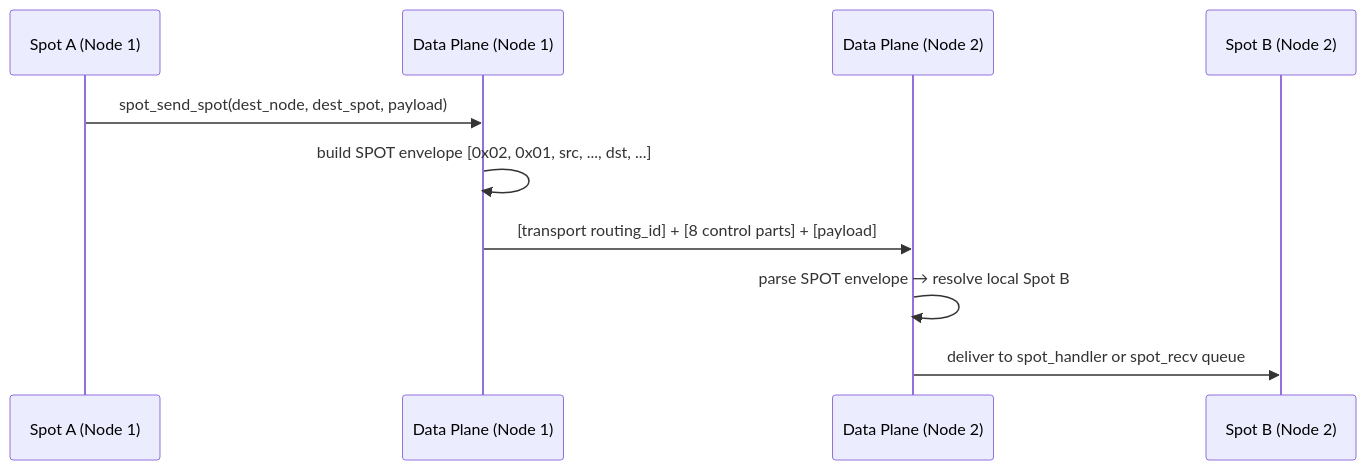
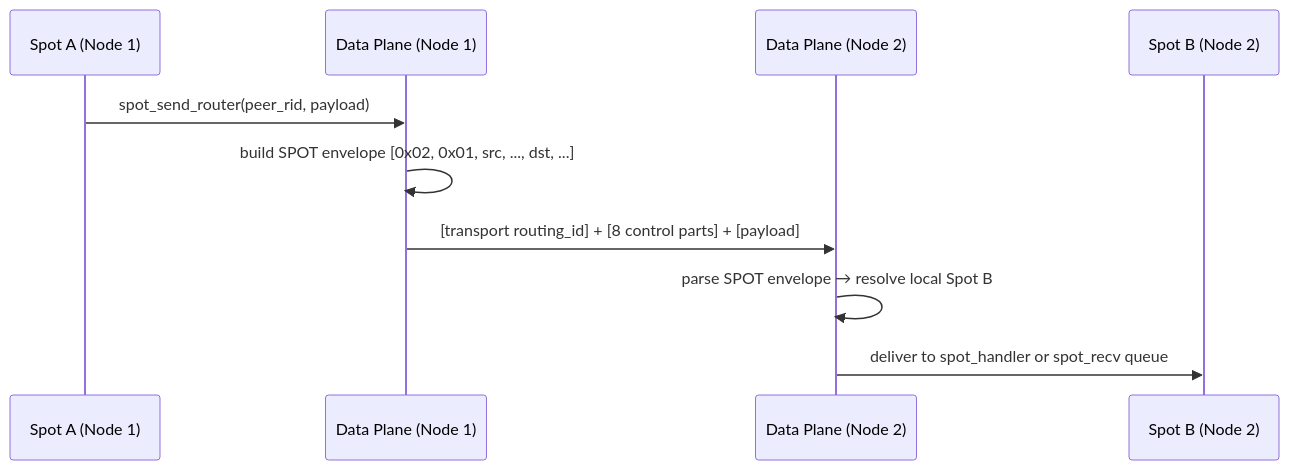
One commit to kairos-code-dev/zlink changed the third of 5 diagrams in doc/internals/protocol-zmp.md. Above: the diagram before and after it, drawn with Mermaid. The commit also changed other lines of this file and 308 other files, not shown here.

````diff
--- a/doc/internals/protocol-zmp.md
+++ b/doc/internals/protocol-zmp.md
@@ -162,13 +162,13 @@
 ```mermaid
 sequenceDiagram
     participant SA as Spot A (Node 1)
     participant DP1 as Data Plane (Node 1)
     participant DP2 as Data Plane (Node 2)
     participant SB as Spot B (Node 2)
 
-    SA->>DP1: spot_send_spot(dest_node, dest_spot, payload)
+    SA->>DP1: spot_send_router(peer_rid, payload)
     DP1->>DP1: build SPOT envelope [0x02, 0x01, src, ..., dst, ...]
     DP1->>DP2: [transport routing_id] + [8 control parts] + [payload]
     DP2->>DP2: parse SPOT envelope → resolve local Spot B
     DP2->>SB: deliver to spot_handler or spot_recv queue
 ```
````
